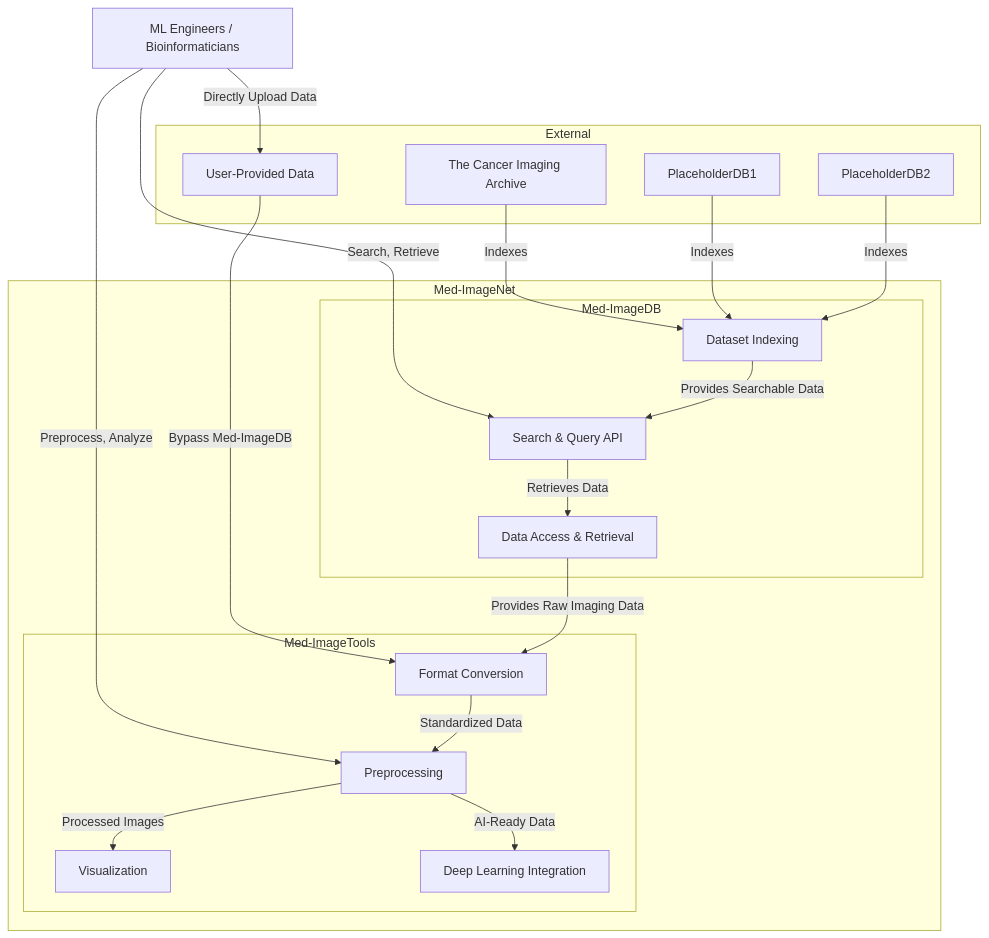
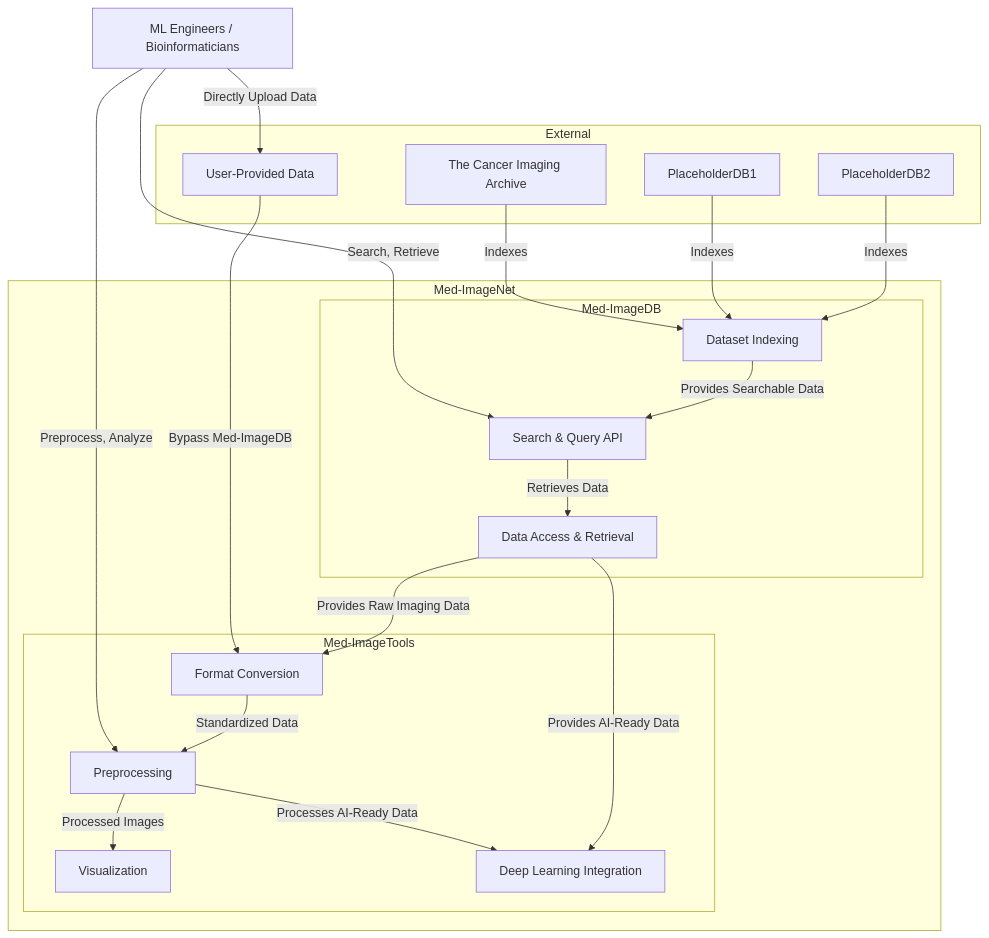
The second of 2 diagrams in docs/devnotes/UserStoriesAndArchitecture.md (bhklab/med-imagenet), drawn with Mermaid before and after one commit. The commit also changed other lines of this file, not shown here.

Commit message:
minor: update UserStoriesAndArchitecture.md

````diff
--- a/docs/devnotes/UserStoriesAndArchitecture.md
+++ b/docs/devnotes/UserStoriesAndArchitecture.md
@@ -118,42 +123,45 @@
 ```mermaid
 graph TD
     subgraph External
         TCIA[The Cancer Imaging Archive]
         DB1[PlaceholderDB1]
         DB2[PlaceholderDB2]
         UserData[User-Provided Data]
     end
 
     subgraph Med-ImageNet
         subgraph Med-ImageDB
             Indexing[Dataset Indexing]
             Query[Search & Query API]
             Access[Data Access & Retrieval]
         end
 
         subgraph Med-ImageTools
             Preprocess[Preprocessing]
             Convert[Format Conversion]
             Visualize[Visualization]
             AI-Ready[Deep Learning Integration]
         end
     end
 
     Users[ML Engineers / Bioinformaticians] -->|Search, Retrieve| Query
     Users -->|Preprocess, Analyze| Preprocess
     Users -->|Directly Upload Data| UserData
 
     TCIA -->|Indexes| Indexing
     DB1 -->|Indexes| Indexing
     DB2 -->|Indexes| Indexing
 
     UserData -->|Bypass Med-ImageDB| Convert
 
     Indexing -->|Provides Searchable Data| Query
     Query -->|Retrieves Data| Access
     Access -->|Provides Raw Imaging Data| Convert
+    Preprocess -->|Processes AI-Ready Data| AI-Ready
+
+    Access -->|Provides AI-Ready Data| AI-Ready
 
     Convert -->|Standardized Data| Preprocess
     Preprocess -->|Processed Images| Visualize
-    Preprocess -->|AI-Ready Data| AI-Ready
+    
 ```
````
